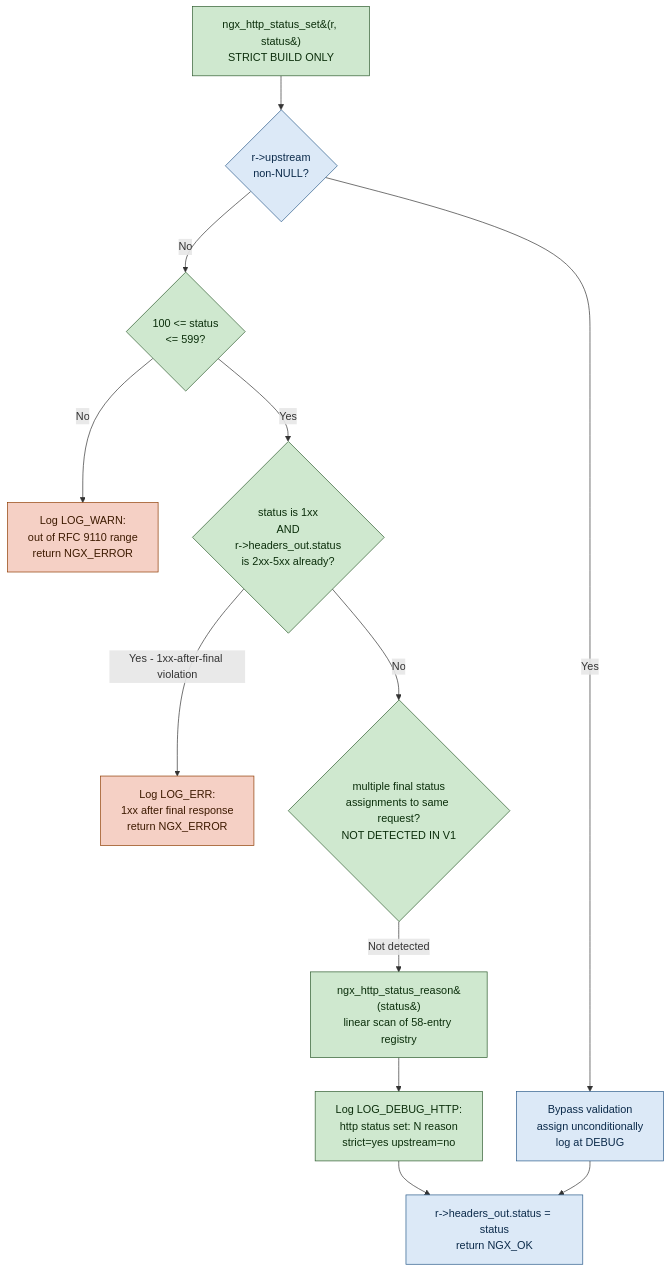
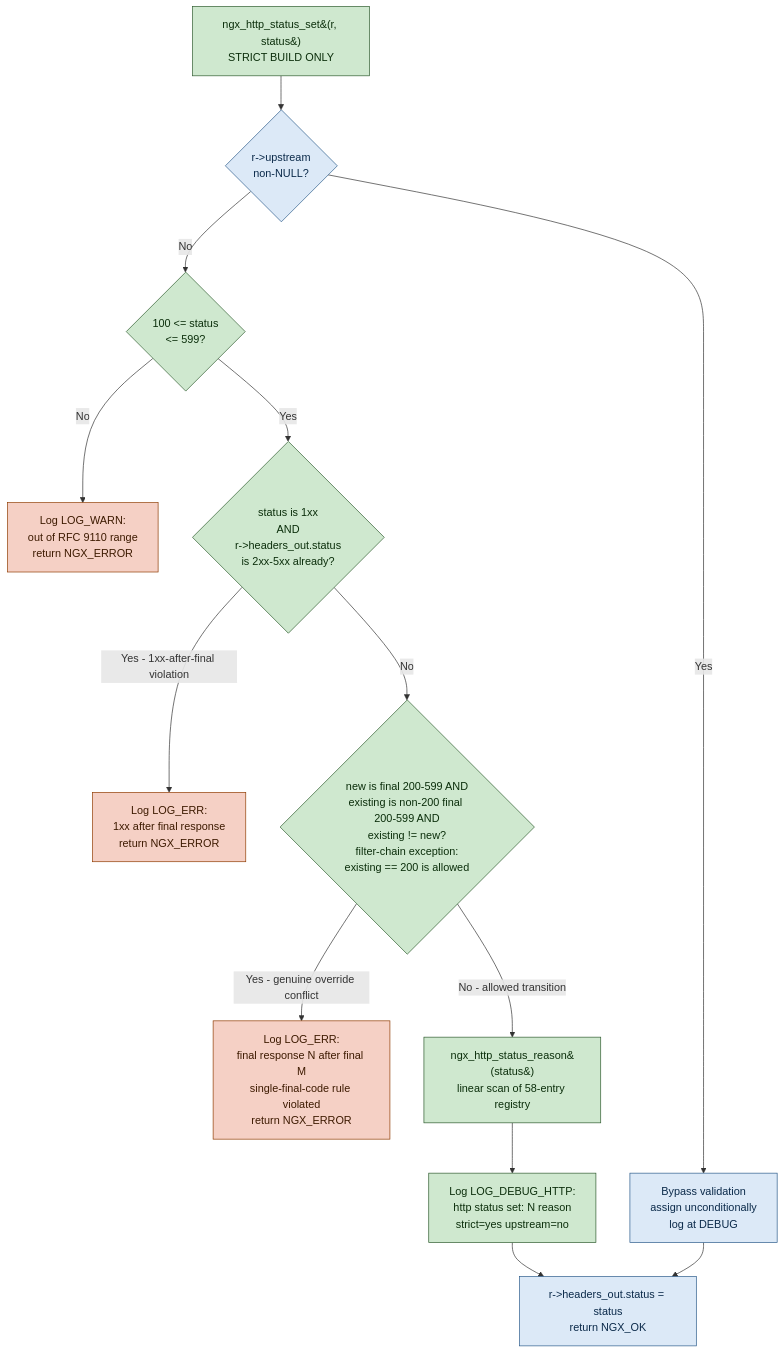
One commit to Blitzy-Sandbox/blitzy-nginx changed the fourth of 5 diagrams in docs/architecture/status_code_refactor.md. Above: the diagram before and after it, drawn with Mermaid. The commit also changed other lines of this file and 2 other files, not shown here.

First paragraph of the commit message:
fix(http/status): allow filter-chain status overrides in strict mode (QA Critical #1)
QA Issue Resolution — Checkpoint 5 Critical Issue #1:

````diff
--- a/docs/architecture/status_code_refactor.md
+++ b/docs/architecture/status_code_refactor.md
@@ -197,21 +197,22 @@
 ```mermaid
 flowchart TD
     Entry["ngx_http_status_set&#40;r, status&#41;<br/>STRICT BUILD ONLY"] --> Upstream{"r->upstream<br/>non-NULL?"}
     Upstream -->|Yes| Bypass["Bypass validation<br/>assign unconditionally<br/>log at DEBUG"]
     Upstream -->|No| RangeCheck{"100 &lt;= status<br/>&lt;= 599?"}
     RangeCheck -->|No| RangeFail["Log LOG_WARN:<br/>out of RFC 9110 range<br/>return NGX_ERROR"]
     RangeCheck -->|Yes| InformCheck{"status is 1xx<br/>AND<br/>r->headers_out.status<br/>is 2xx-5xx already?"}
     InformCheck -->|Yes - 1xx-after-final violation| InformFail["Log LOG_ERR:<br/>1xx after final response<br/>return NGX_ERROR"]
-    InformCheck -->|No| FinalCheck{"multiple final status<br/>assignments to same request?<br/>NOT DETECTED IN V1"}
-    FinalCheck -->|Not detected| LookupReason["ngx_http_status_reason&#40;status&#41;<br/>linear scan of 58-entry registry"]
+    InformCheck -->|No| FinalCheck{"new is final 200-599 AND<br/>existing is non-200 final 200-599 AND<br/>existing != new?<br/>filter-chain exception:<br/>existing == 200 is allowed"}
+    FinalCheck -->|Yes - genuine override conflict| FinalFail["Log LOG_ERR:<br/>final response N after final M<br/>single-final-code rule violated<br/>return NGX_ERROR"]
+    FinalCheck -->|No - allowed transition| LookupReason["ngx_http_status_reason&#40;status&#41;<br/>linear scan of 58-entry registry"]
     LookupReason --> LogDbg["Log LOG_DEBUG_HTTP:<br/>http status set: N reason<br/>strict=yes upstream=no"]
     LogDbg --> Assign["r->headers_out.status = status<br/>return NGX_OK"]
     Bypass --> Assign
 
     classDef strictBox fill:#cfe8cf,stroke:#2d5a2d,color:#0b2e0b
     classDef failBox fill:#f5d0c5,stroke:#8f3b00,color:#3d1a00
     classDef okBox fill:#dce9f7,stroke:#2a5a8a,color:#0b2a4a
     class Entry,RangeCheck,InformCheck,FinalCheck,LookupReason,LogDbg strictBox
-    class RangeFail,InformFail failBox
+    class RangeFail,InformFail,FinalFail failBox
     class Upstream,Bypass,Assign okBox
 ```
````
